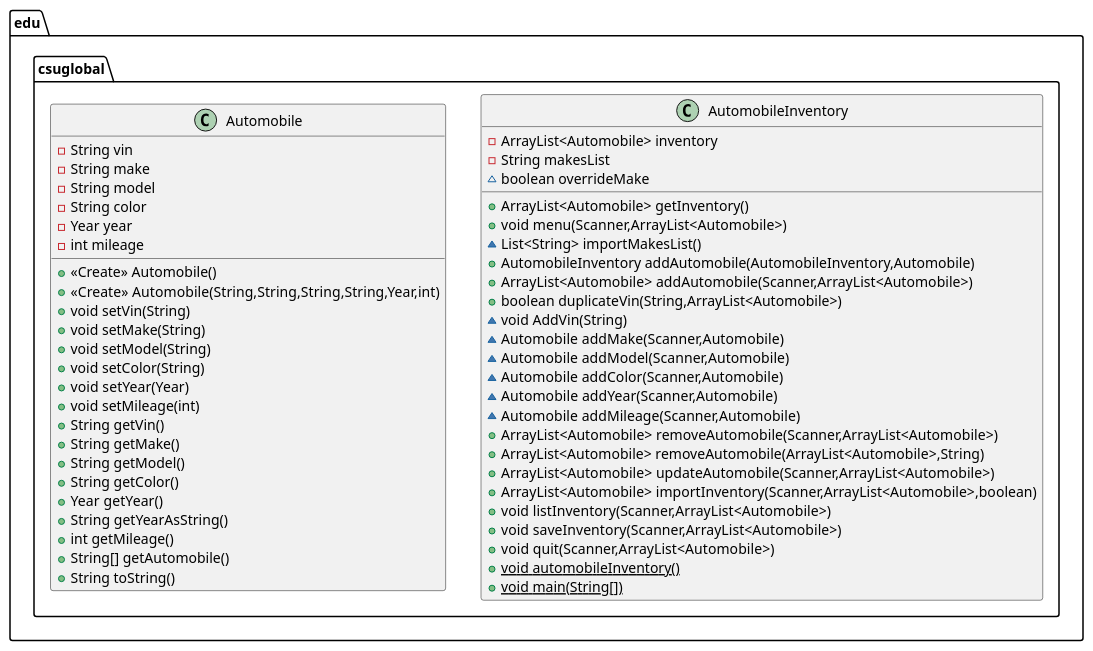
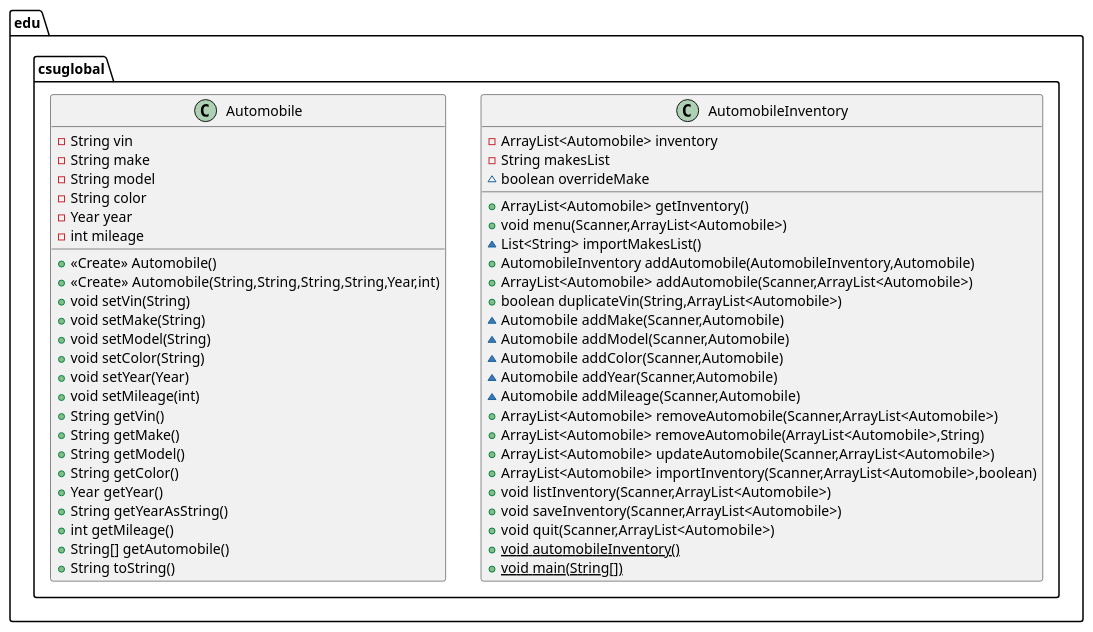
Before and after one commit to speters33w/CSUGlobal_CSC320_PortfolioProject_VehicleInventory: the diagram in program.puml, drawn with PlantUML. The commit also changed 2 other files, not shown here.

```diff
--- a/program.puml
+++ b/program.puml
@@ -1,53 +1,52 @@
 @startuml
 class edu.csuglobal.AutomobileInventory {
 - ArrayList<Automobile> inventory
 - String makesList
 ~ boolean overrideMake
 + ArrayList<Automobile> getInventory()
 + void menu(Scanner,ArrayList<Automobile>)
 ~ List<String> importMakesList()
 + AutomobileInventory addAutomobile(AutomobileInventory,Automobile)
 + ArrayList<Automobile> addAutomobile(Scanner,ArrayList<Automobile>)
 + boolean duplicateVin(String,ArrayList<Automobile>)
-~ void AddVin(String)
 ~ Automobile addMake(Scanner,Automobile)
 ~ Automobile addModel(Scanner,Automobile)
 ~ Automobile addColor(Scanner,Automobile)
 ~ Automobile addYear(Scanner,Automobile)
 ~ Automobile addMileage(Scanner,Automobile)
 + ArrayList<Automobile> removeAutomobile(Scanner,ArrayList<Automobile>)
 + ArrayList<Automobile> removeAutomobile(ArrayList<Automobile>,String)
 + ArrayList<Automobile> updateAutomobile(Scanner,ArrayList<Automobile>)
 + ArrayList<Automobile> importInventory(Scanner,ArrayList<Automobile>,boolean)
 + void listInventory(Scanner,ArrayList<Automobile>)
 + void saveInventory(Scanner,ArrayList<Automobile>)
 + void quit(Scanner,ArrayList<Automobile>)
 + {static} void automobileInventory()
 + {static} void main(String[])
 }
 class edu.csuglobal.Automobile {
 - String vin
 - String make
 - String model
 - String color
 - Year year
 - int mileage
 + <<Create>> Automobile()
 + <<Create>> Automobile(String,String,String,String,Year,int)
 + void setVin(String)
 + void setMake(String)
 + void setModel(String)
 + void setColor(String)
 + void setYear(Year)
 + void setMileage(int)
 + String getVin()
 + String getMake()
 + String getModel()
 + String getColor()
 + Year getYear()
 + String getYearAsString()
 + int getMileage()
 + String[] getAutomobile()
 + String toString()
 }
 @enduml
```
